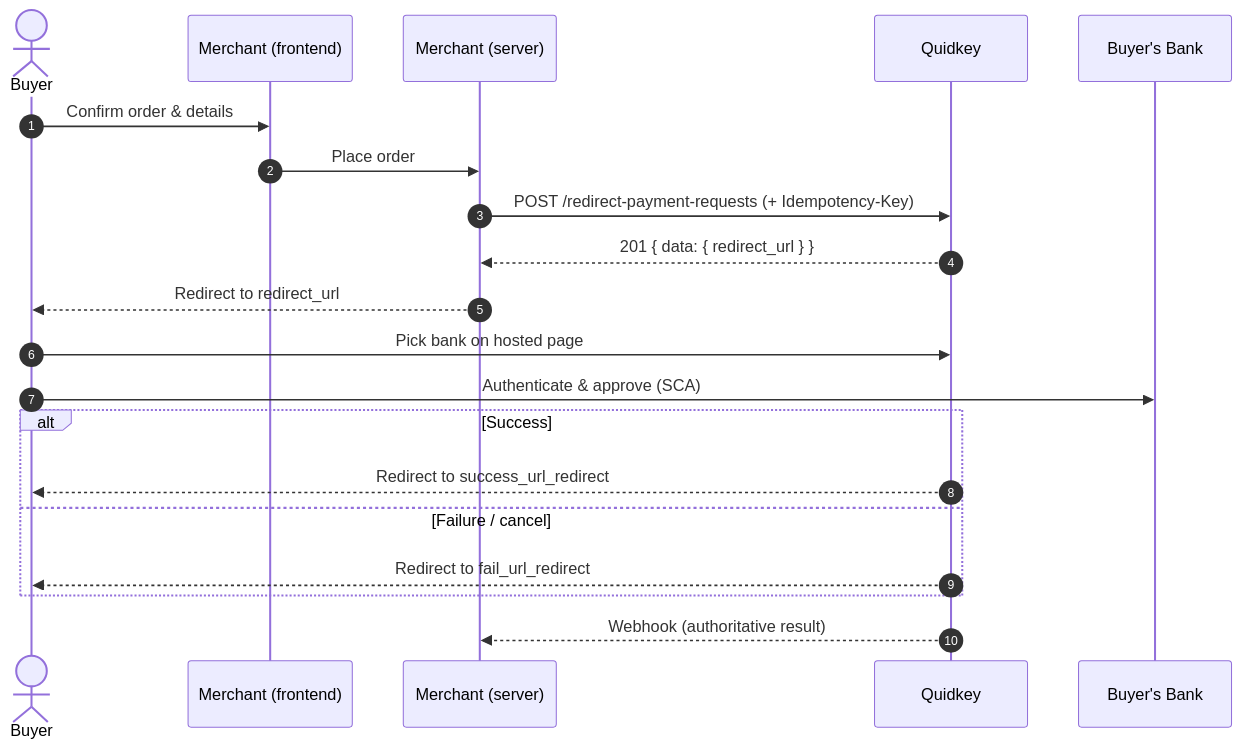
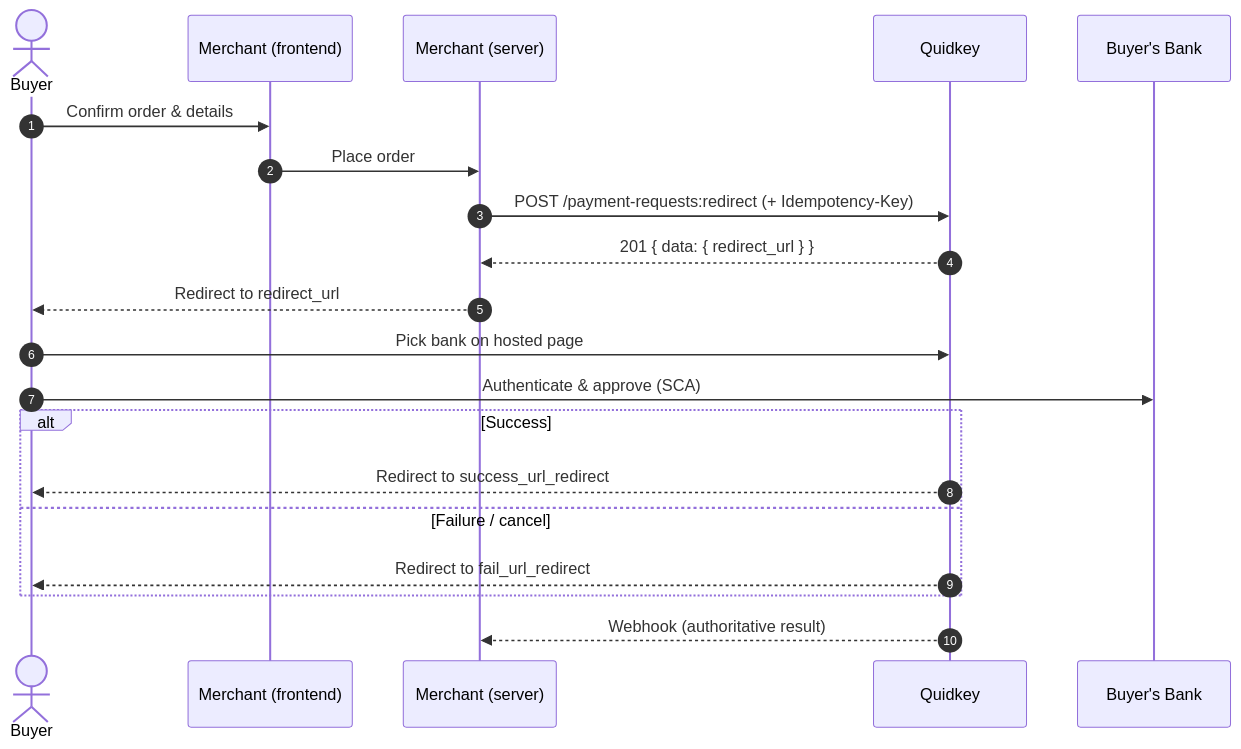
Before and after one commit to Banqzinc/docs: the diagram in guides/payment-api/accept-a-payment/redirect.mdx, drawn with Mermaid. The commit also changed other lines of this file and 13 other files, not shown here.

````diff
--- a/guides/payment-api/accept-a-payment/redirect.mdx
+++ b/guides/payment-api/accept-a-payment/redirect.mdx
@@ -15,22 +15,22 @@
 ```mermaid
 sequenceDiagram
     autonumber
     actor Buyer
     participant Merchant as Merchant (frontend)
     participant Backend as Merchant (server)
     participant Quidkey
     participant Bank as Buyer's Bank
     Buyer->>Merchant: Confirm order & details
     Merchant->>Backend: Place order
-    Backend->>Quidkey: POST /redirect-payment-requests (+ Idempotency-Key)
+    Backend->>Quidkey: POST /payment-requests:redirect (+ Idempotency-Key)
     Quidkey-->>Backend: 201 { data: { redirect_url } }
     Backend-->>Buyer: Redirect to redirect_url
     Buyer->>Quidkey: Pick bank on hosted page
     Buyer->>Bank: Authenticate & approve (SCA)
     alt Success
         Quidkey-->>Buyer: Redirect to success_url_redirect
     else Failure / cancel
         Quidkey-->>Buyer: Redirect to fail_url_redirect
     end
     Quidkey-->>Backend: Webhook (authoritative result)
 ```
````
